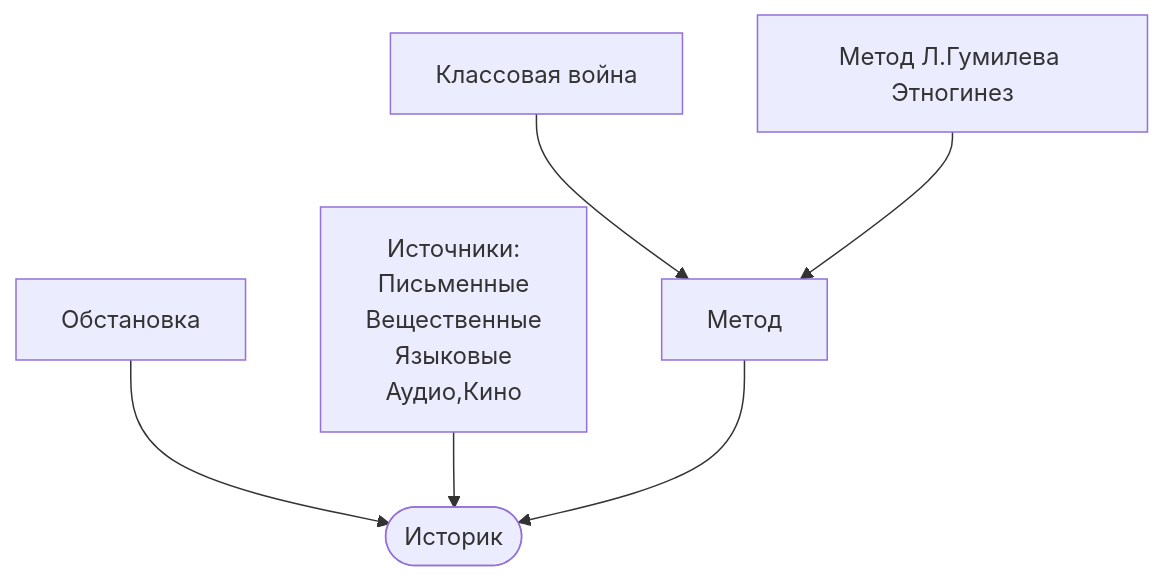
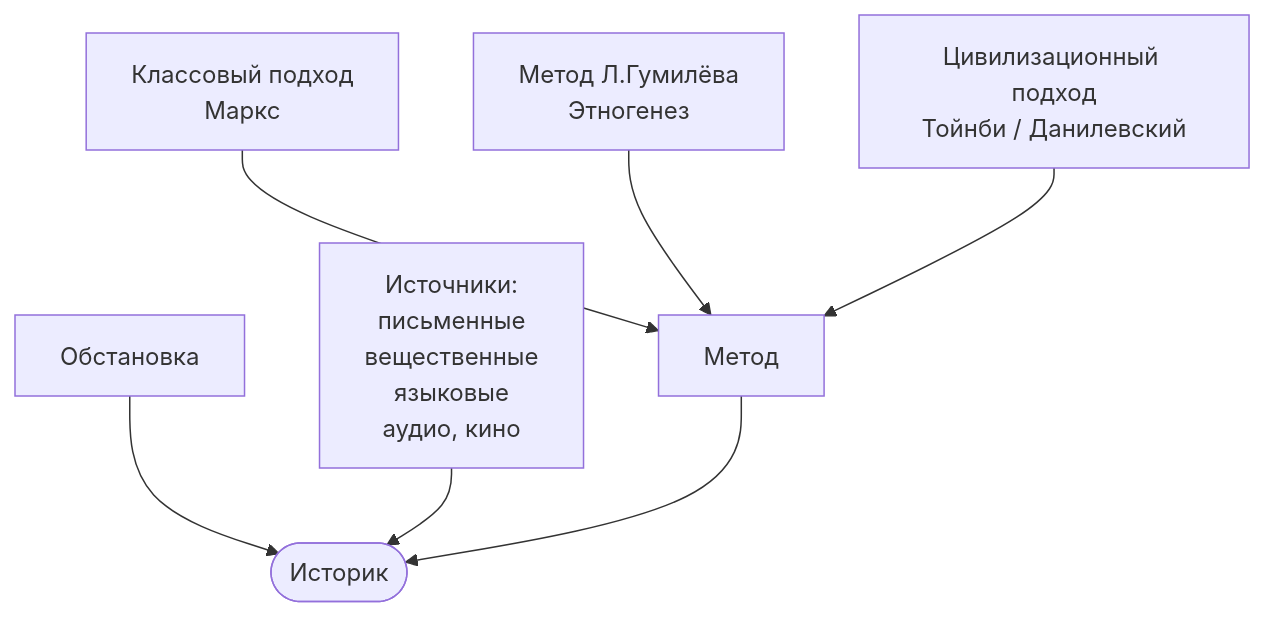
One commit to wesdyqq/study-sync changed the first of 2 diagrams in Учеба КНИТУ/История России/Конспекты лекций/История России 25.09.26.md. Above: the diagram before and after it, drawn with Mermaid. The commit also changed other lines of this file, not shown here.

````diff
--- a/Учеба КНИТУ/История России/Конспекты лекций/История России 25.09.26.md
+++ b/Учеба КНИТУ/История России/Конспекты лекций/История России 25.09.26.md
@@ -20,17 +27,9 @@
 ```mermaid
 flowchart TD
-A --> B
-C & D --> B
-D1 & D2 --> D
-A[Обстановка]
-B([Историк])
-C[Источники:
-Письменные
-Вещественные
-Языковые
-Аудио,Кино]
-D[Метод]
-D1[Классовая война]
-D2[Метод Л.Гумилева Этногинез]
-
+    A[Обстановка] --> B([Историк])
+    C[Источники:<br/>письменные<br/>вещественные<br/>языковые<br/>аудио, кино] --> B
+    D[Метод] --> B
+    D1[Классовый подход<br/>Маркс] --> D
+    D2[Метод Л.Гумилёва<br/>Этногенез] --> D
+    D3[Цивилизационный подход<br/>Тойнби / Данилевский] --> D
 ```
````
